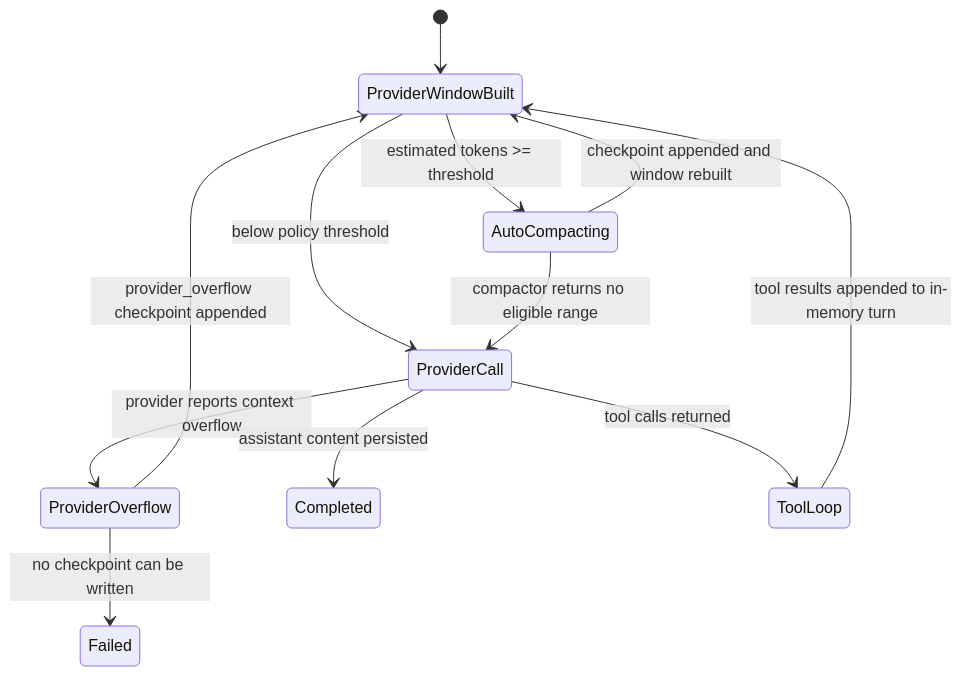
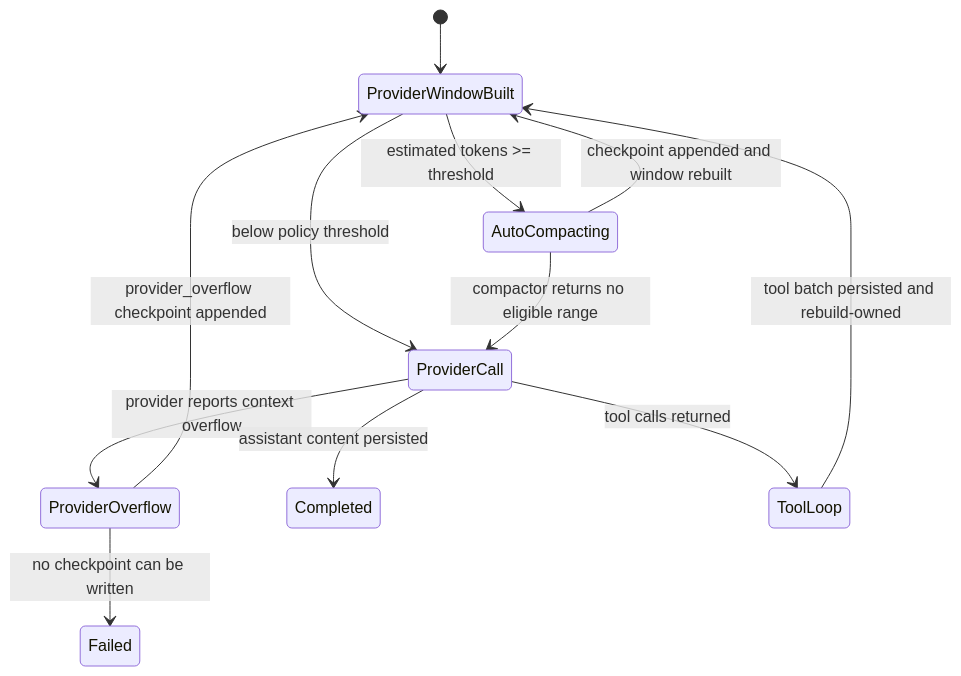
The fourth of 8 diagrams in apps/backend/architecture.md (savageops/VANTARI-ONE), drawn with Mermaid before and after one commit. The commit also changed other lines of this file and 10 other files, not shown here.

````diff
--- a/apps/backend/architecture.md
+++ b/apps/backend/architecture.md
@@ -130,14 +132,14 @@
 ```mermaid
 stateDiagram-v2
   [*] --> ProviderWindowBuilt
   ProviderWindowBuilt --> ProviderCall: below policy threshold
   ProviderWindowBuilt --> AutoCompacting: estimated tokens >= threshold
   AutoCompacting --> ProviderWindowBuilt: checkpoint appended and window rebuilt
   AutoCompacting --> ProviderCall: compactor returns no eligible range
   ProviderCall --> ProviderOverflow: provider reports context overflow
   ProviderOverflow --> ProviderWindowBuilt: provider_overflow checkpoint appended
   ProviderOverflow --> Failed: no checkpoint can be written
   ProviderCall --> Completed: assistant content persisted
   ProviderCall --> ToolLoop: tool calls returned
-  ToolLoop --> ProviderWindowBuilt: tool results appended to in-memory turn
+  ToolLoop --> ProviderWindowBuilt: tool batch persisted and rebuild-owned
 ```
````
